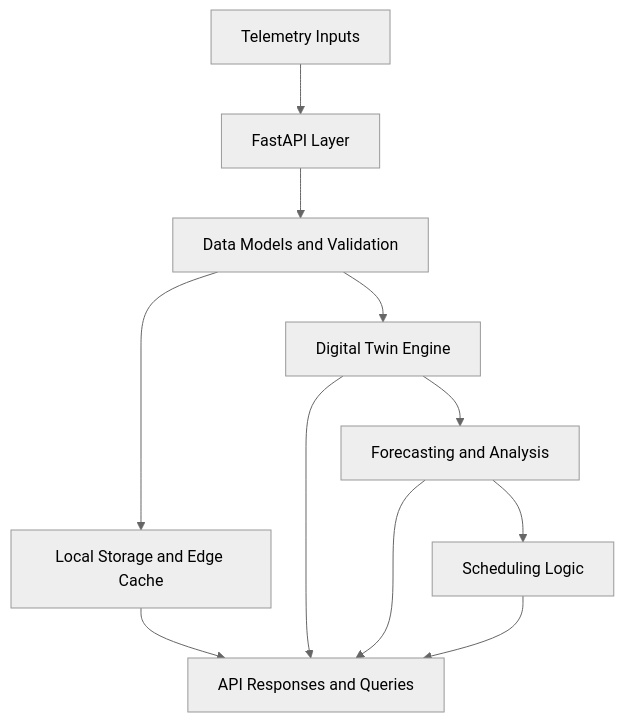
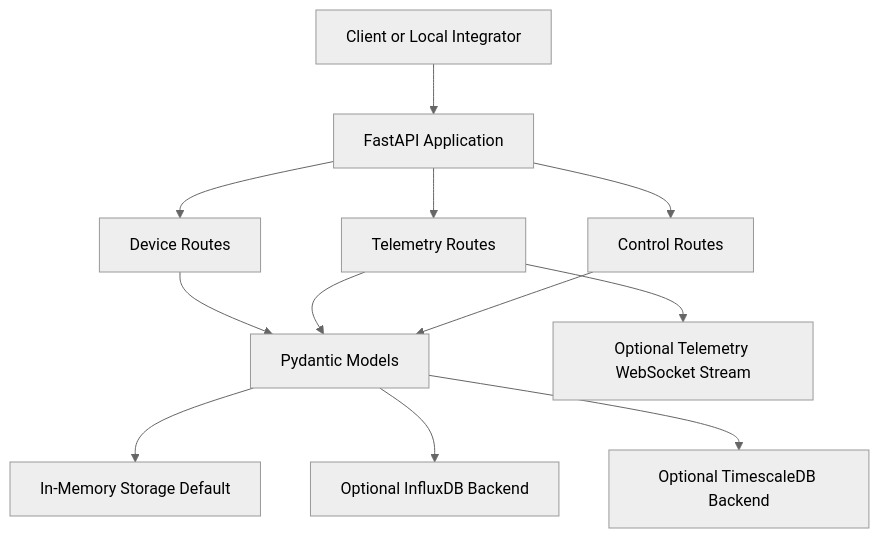
Before and after one commit to iceccarelli/GridOS: the diagram in docs/architecture.md, drawn with Mermaid (neutral theme). The commit also changed other lines of this file, not shown here.

First line of the commit message:
Revise architecture overview and clarify current focus

````diff
--- a/docs/architecture.md
+++ b/docs/architecture.md
@@ -19,13 +19,14 @@
 ```mermaid
 flowchart TB
-    A[Telemetry Inputs] --> B[FastAPI Layer]
-    B --> C[Data Models and Validation]
-    C --> D[Local Storage and Edge Cache]
-    C --> E[Digital Twin Engine]
-    E --> F[Forecasting and Analysis]
-    F --> G[Scheduling Logic]
-    D --> H[API Responses and Queries]
-    E --> H
-    F --> H
-    G --> H
+    A[Client or Local Integrator] --> B[FastAPI Application]
+    B --> C[Device Routes]
+    B --> D[Telemetry Routes]
+    B --> E[Control Routes]
+    C --> F[Pydantic Models]
+    D --> F
+    E --> F
+    F --> G[In-Memory Storage Default]
+    F --> H[Optional InfluxDB Backend]
+    F --> I[Optional TimescaleDB Backend]
+    D --> J[Optional Telemetry WebSocket Stream]
 ```
````
